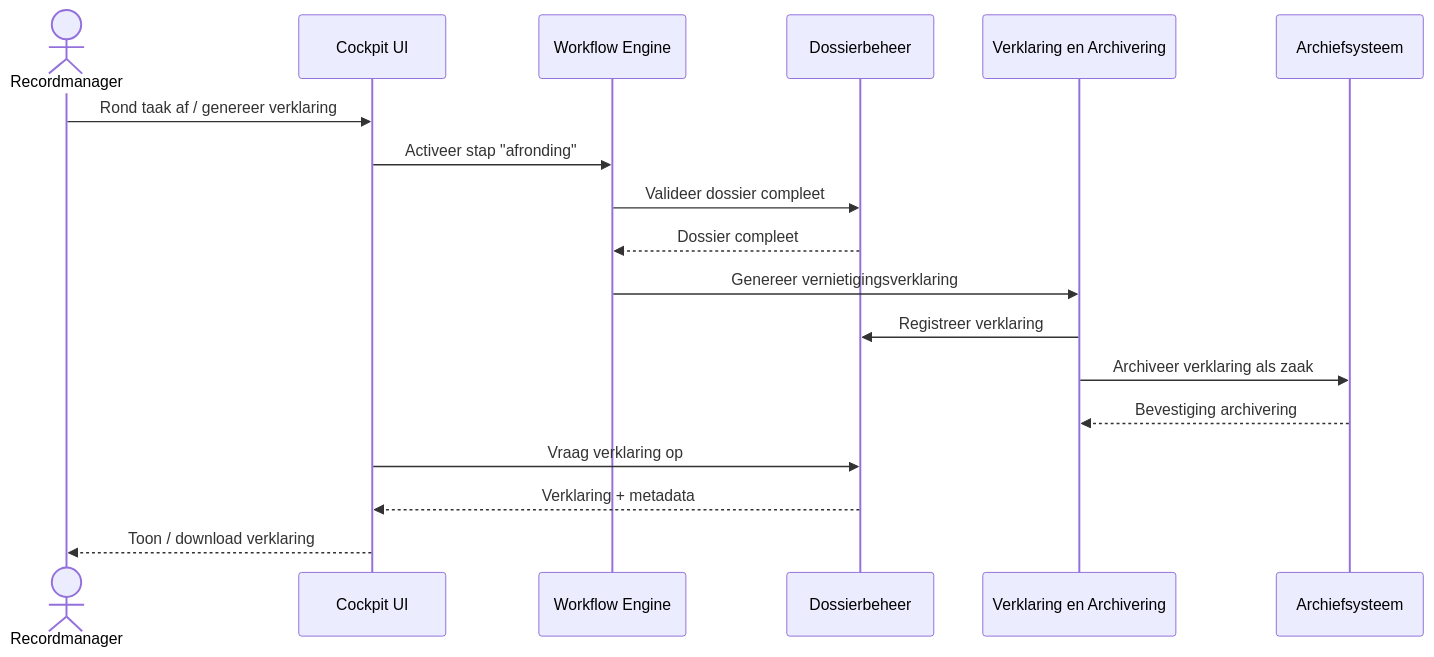
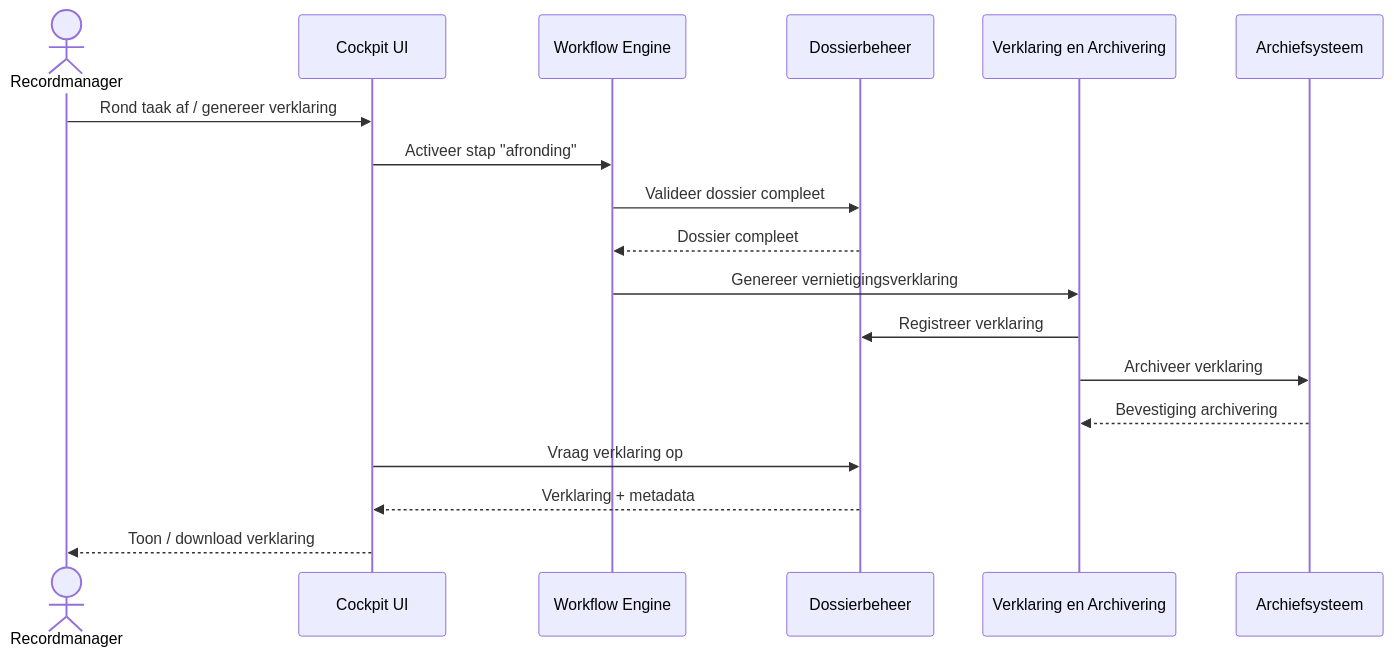
Before and after one commit to GemeenteArnhem/Vernietigingscockpit: the eighth of 11 diagrams in architectuur/sequence-diagrammen.md, drawn with Mermaid. The commit also changed other lines of this file and 4 other files, not shown here.

````diff
--- a/architectuur/sequence-diagrammen.md
+++ b/architectuur/sequence-diagrammen.md
@@ -214,25 +244,25 @@
 ```mermaid
 sequenceDiagram
     actor RM as Recordmanager
     participant UI as Cockpit UI
     participant WF as Workflow Engine
     participant D as Dossierbeheer
     participant V as Verklaring en Archivering
     participant Z as Archiefsysteem
 
     RM ->> UI: Rond taak af / genereer verklaring
     UI ->> WF: Activeer stap "afronding"
 
     WF ->> D: Valideer dossier compleet
     D -->> WF: Dossier compleet
 
     WF ->> V: Genereer vernietigingsverklaring
     V ->> D: Registreer verklaring
 
-    V ->> Z: Archiveer verklaring als zaak
+    V ->> Z: Archiveer verklaring
     Z -->> V: Bevestiging archivering
 
     UI ->> D: Vraag verklaring op
     D -->> UI: Verklaring + metadata
     UI -->> RM: Toon / download verklaring
 ```
````
